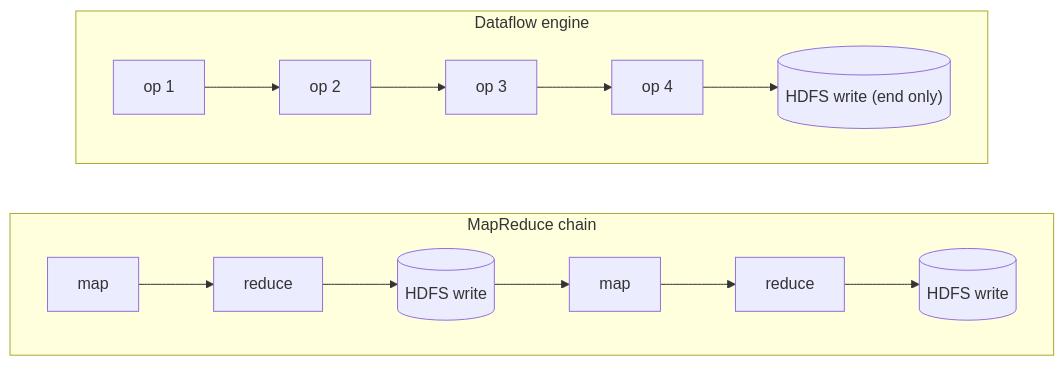
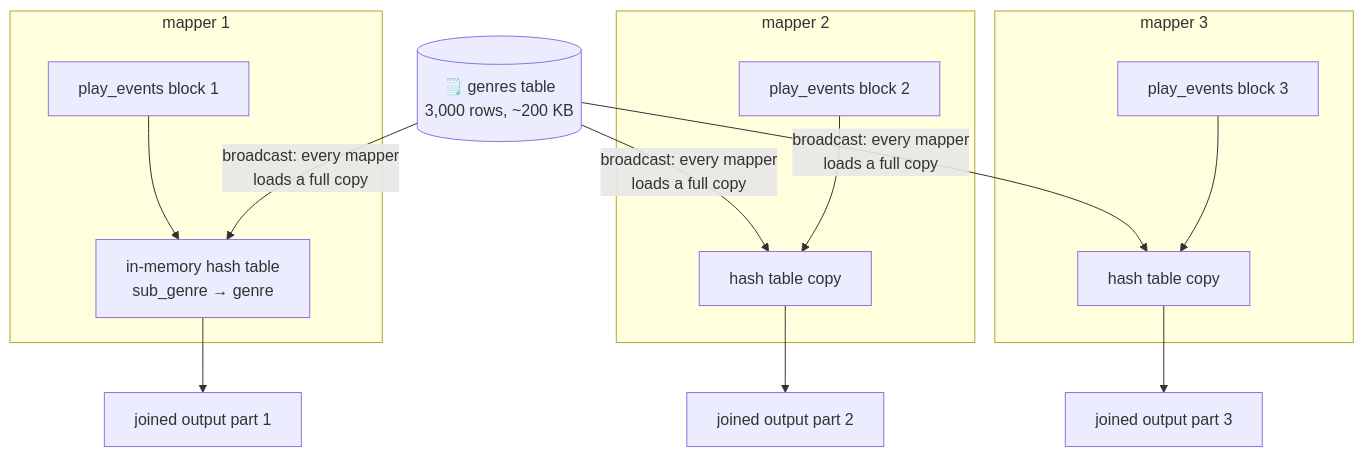
One commit to pratikguru998/ddia-book changed diagram 17 of 34 in docs/chapters/part-3/10-batch-processing.mdx. Above: the diagram before and after it, drawn with Mermaid. The commit also changed other lines of this file and 13 other files, not shown here.

Commit message:
Expand all 12 chapters: every book subsection, deeper notes, ~320 diagrams

````diff
--- a/docs/chapters/part-3/10-batch-processing.mdx
+++ b/docs/chapters/part-3/10-batch-processing.mdx
@@ -138,11 +630,20 @@
 ```mermaid
-flowchart LR
-  subgraph MR["MapReduce chain"]
-    direction LR
-    a1["map"] --> a2["reduce"] --> h1[("HDFS write")] --> a3["map"] --> a4["reduce"] --> h2[("HDFS write")]
+flowchart TB
+  SMALL[("🗒️ genres table<br/>3,000 rows, ~200 KB")]
+  subgraph M1["mapper 1"]
+    HT1["in-memory hash table<br/>sub_genre → genre"]
+    B1["play_events block 1"] --> HT1
   end
-  subgraph DF["Dataflow engine"]
-    direction LR
-    b1["op 1"] --> b2["op 2"] --> b3["op 3"] --> b4["op 4"] --> h3[("HDFS write (end only)")]
+  subgraph M2["mapper 2"]
+    HT2["hash table copy"]
+    B2["play_events block 2"] --> HT2
   end
+  subgraph M3["mapper 3"]
+    HT3["hash table copy"]
+    B3["play_events block 3"] --> HT3
+  end
+  SMALL -->|"broadcast: every mapper<br/>loads a full copy"| HT1 & HT2 & HT3
+  HT1 --> O1["joined output part 1"]
+  HT2 --> O2["joined output part 2"]
+  HT3 --> O3["joined output part 3"]
 ```
````
